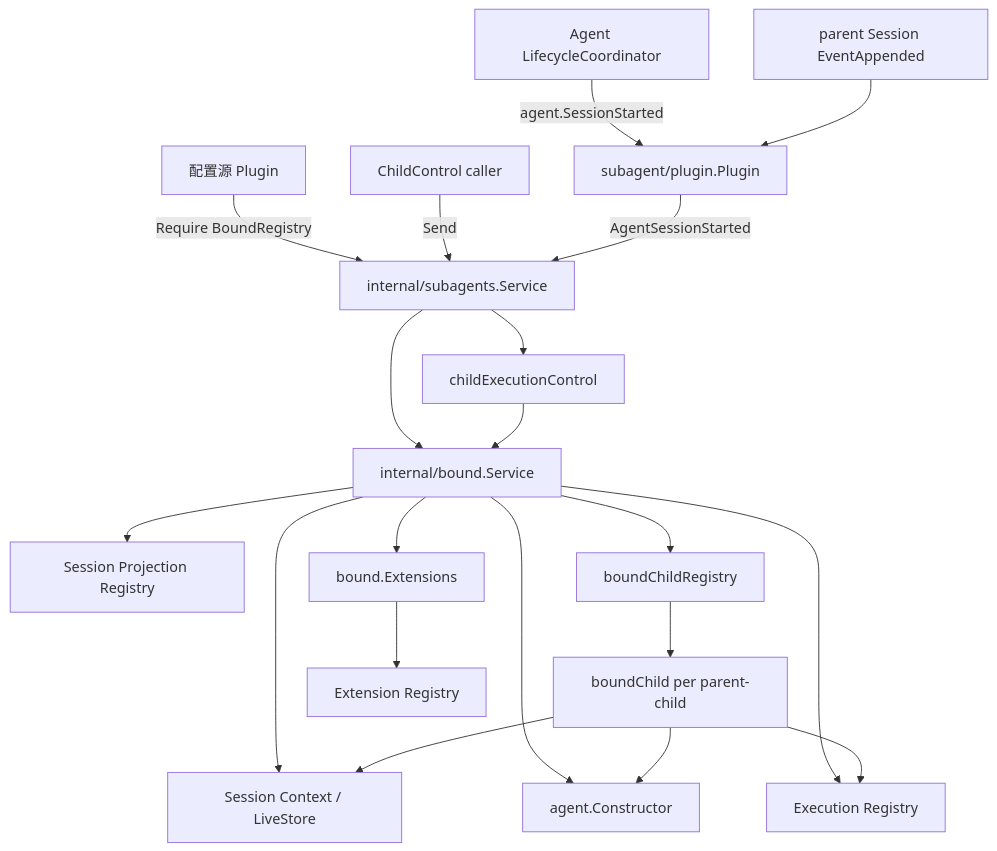
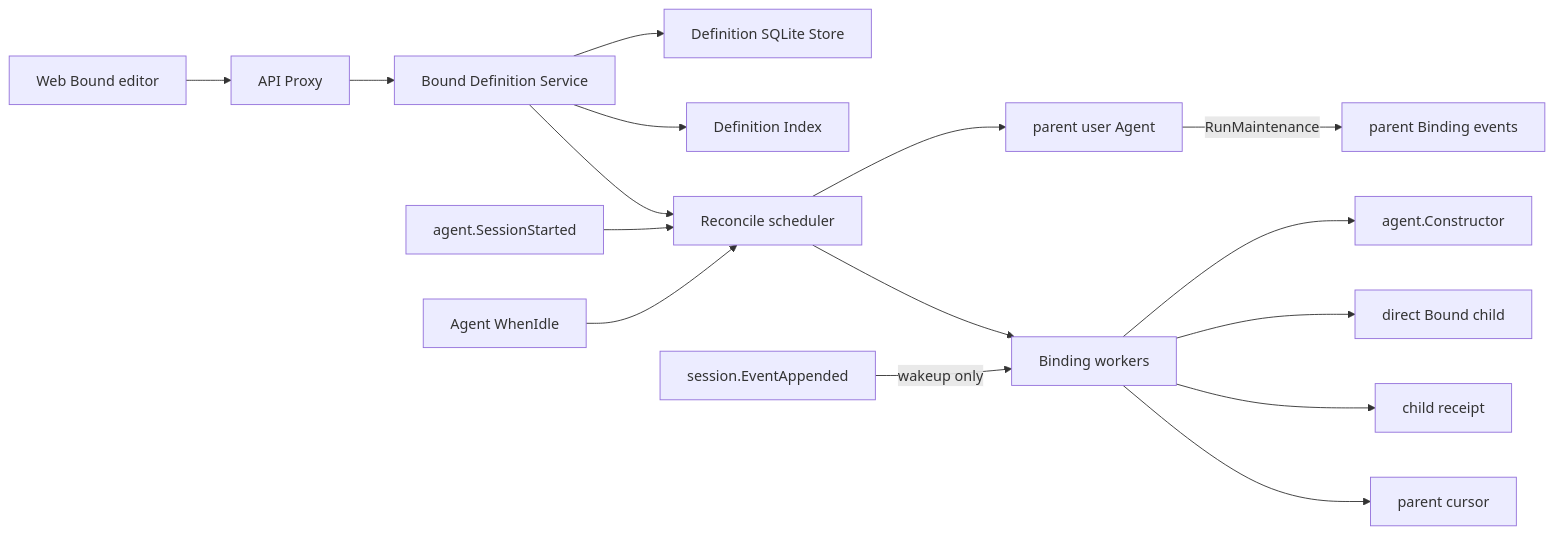
One commit to gorenx/goren changed the first of 2 diagrams in subagent/docs/parent-bound-design.zh-CN.md. Above: the diagram before and after it, drawn with Mermaid. The commit also changed other lines of this file and 7 other files, not shown here.

Commit message:
docs(subagent): define global bound definitions

````diff
--- a/subagent/docs/parent-bound-design.zh-CN.md
+++ b/subagent/docs/parent-bound-design.zh-CN.md
@@ -28,22 +21,18 @@
 ```mermaid
-flowchart TD
-    Source[配置源 Plugin] -->|Require BoundRegistry| Facade[internal/subagents.Service]
-    Lifecycle[Agent LifecycleCoordinator] -->|agent.SessionStarted| Observer[subagent/plugin.Plugin]
-    SessionEvent[parent Session EventAppended] --> Observer
-    Client[ChildControl caller] -->|Send| Facade
-    Observer -->|AgentSessionStarted| Facade
-    Facade --> Bound[internal/bound.Service]
-    Facade --> Router[childExecutionControl]
-    Router --> Bound
-    Bound --> Session[Session Context / LiveStore]
-    Bound --> Projection[Session Projection Registry]
-    Bound --> Constructor[agent.Constructor]
-    Bound --> Execution[Execution Registry]
-    Bound --> ExtPort[bound.Extensions]
-    Bound --> Registry[boundChildRegistry]
-    Registry --> Child[boundChild per parent-child]
-    Child --> Session
-    Child --> Constructor
-    Child --> Execution
-    ExtPort --> ExtRegistry[Extension Registry]
+flowchart LR
+    Web[Web Bound editor] --> API[API Proxy]
+    API --> Definitions[Bound Definition Service]
+    Definitions --> Store[Definition SQLite Store]
+    Definitions --> Index[Definition Index]
+    Definitions --> Reconcile[Reconcile scheduler]
+    Started[agent.SessionStarted] --> Reconcile
+    Idle[Agent WhenIdle] --> Reconcile
+    Reconcile --> Parent[parent user Agent]
+    Parent -->|RunMaintenance| Bindings[parent Binding events]
+    Reconcile --> Workers[Binding workers]
+    Workers --> Constructor[agent.Constructor]
+    Workers --> Child[direct Bound child]
+    Event[session.EventAppended] -->|wakeup only| Workers
+    Workers --> Receipts[child receipt]
+    Workers --> Cursor[parent cursor]
 ```
````
